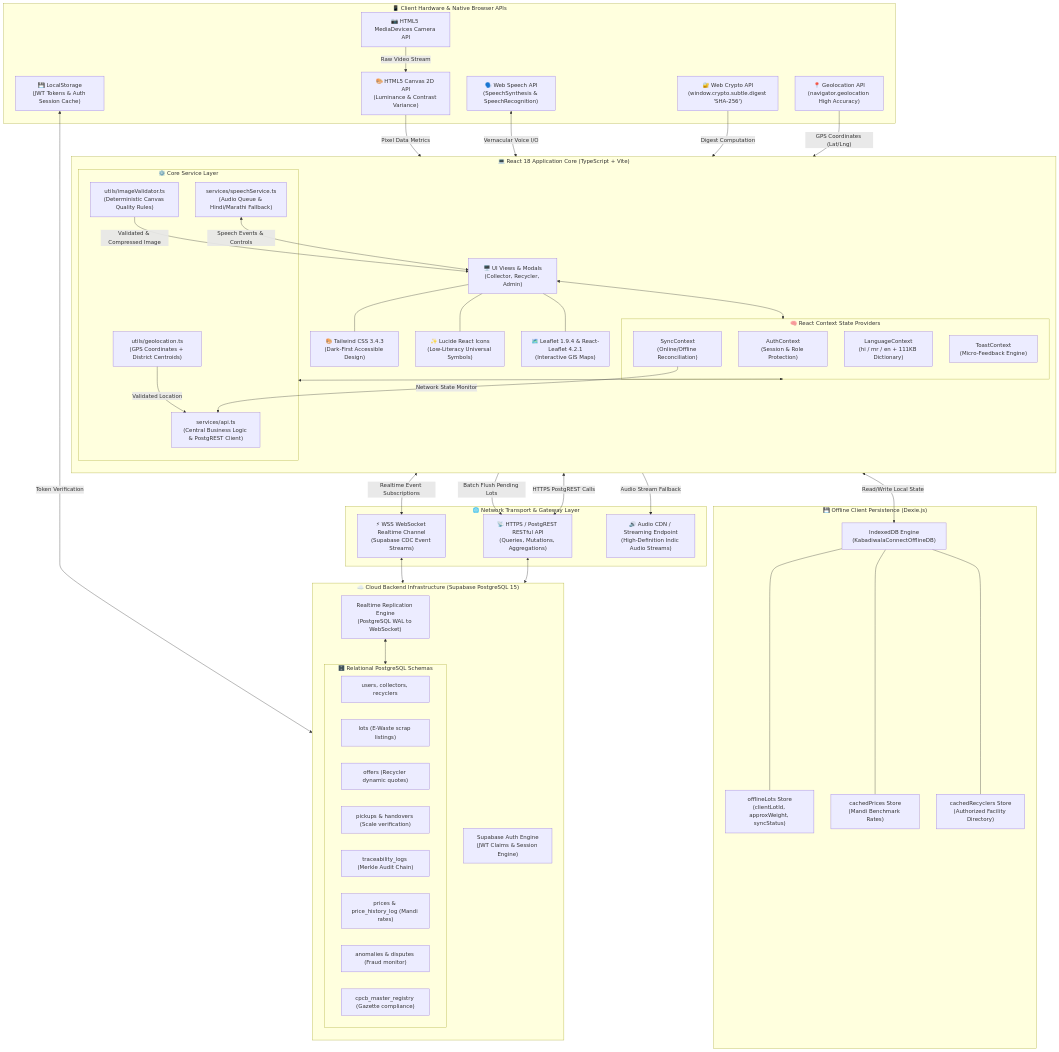
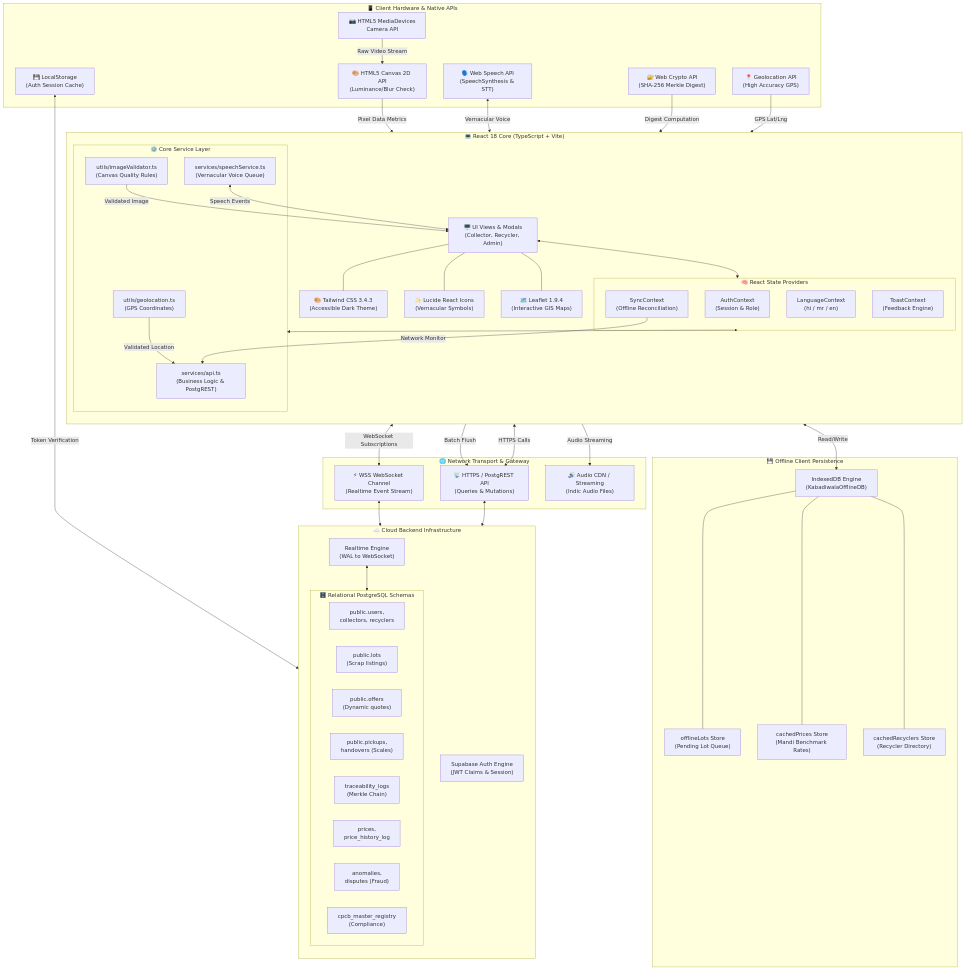
Before and after one commit to Atharva-001-cyber/Kabadiwala_Connect: the second of 3 diagrams in README.md, drawn with Mermaid. The commit also changed other lines of this file, not shown here.

Commit message:
docs: format Mermaid diagram node labels with linebreaks for GitHub UI rendering

````diff
--- a/README.md
+++ b/README.md
@@ -143,78 +143,78 @@
 ```mermaid
 graph TB
     %% SUBGRAPHS
-    subgraph ClientHardware ["📱 Client Hardware & Native Browser APIs"]
-        Cam["📷 HTML5 MediaDevices Camera API"]
-        CanvasEngine["🎨 HTML5 Canvas 2D API<br/>(Luminance & Contrast Variance)"]
-        SpeechEngine["🗣️ Web Speech API<br/>(SpeechSynthesis & SpeechRecognition)"]
-        CryptoSubtle["🔐 Web Crypto API<br/>(window.crypto.subtle.digest 'SHA-256')"]
-        GeoAPI["📍 Geolocation API<br/>(navigator.geolocation High Accuracy)"]
-        StorageLocal["💾 LocalStorage<br/>(JWT Tokens & Auth Session Cache)"]
+    subgraph ClientHardware ["📱 Client Hardware & Native APIs"]
+        Cam["📷 HTML5 MediaDevices<br/>Camera API"]
+        CanvasEngine["🎨 HTML5 Canvas 2D API<br/>(Luminance/Blur Check)"]
+        SpeechEngine["🗣️ Web Speech API<br/>(SpeechSynthesis & STT)"]
+        CryptoSubtle["🔐 Web Crypto API<br/>(SHA-256 Merkle Digest)"]
+        GeoAPI["📍 Geolocation API<br/>(High Accuracy GPS)"]
+        StorageLocal["💾 LocalStorage<br/>(Auth Session Cache)"]
     end
 
-    subgraph ReactFrontend ["💻 React 18 Application Core (TypeScript + Vite)"]
+    subgraph ReactFrontend ["💻 React 18 Core (TypeScript + Vite)"]
         direction TB
         UIViews["🖥️ UI Views & Modals<br/>(Collector, Recycler, Admin)"]
-        StyleTailwind["🎨 Tailwind CSS 3.4.3<br/>(Dark-First Accessible Design)"]
-        IconSystem["✨ Lucide React Icons<br/>(Low-Literacy Universal Symbols)"]
-        MapSystem["🗺️ Leaflet 1.9.4 & React-Leaflet 4.2.1<br/>(Interactive GIS Maps)"]
+        StyleTailwind["🎨 Tailwind CSS 3.4.3<br/>(Accessible Dark Theme)"]
+        IconSystem["✨ Lucide React Icons<br/>(Vernacular Symbols)"]
+        MapSystem["🗺️ Leaflet 1.9.4<br/>(Interactive GIS Maps)"]
         
-        subgraph StateLayer ["🧠 React Context State Providers"]
-            AuthCtx["AuthContext<br/>(Session & Role Protection)"]
-            LangCtx["LanguageContext<br/>(hi / mr / en + 111KB Dictionary)"]
-            SyncCtx["SyncContext<br/>(Online/Offline Reconciliation)"]
-            ToastCtx["ToastContext<br/>(Micro-Feedback Engine)"]
+        subgraph StateLayer ["🧠 React State Providers"]
+            AuthCtx["AuthContext<br/>(Session & Role)"]
+            LangCtx["LanguageContext<br/>(hi / mr / en)"]
+            SyncCtx["SyncContext<br/>(Offline Reconciliation)"]
+            ToastCtx["ToastContext<br/>(Feedback Engine)"]
         end
 
         subgraph ServiceLayer ["⚙️ Core Service Layer"]
-            APIService["services/api.ts<br/>(Central Business Logic & PostgREST Client)"]
-            SpeechService["services/speechService.ts<br/>(Audio Queue & Hindi/Marathi Fallback)"]
-            ImageValidator["utils/imageValidator.ts<br/>(Deterministic Canvas Quality Rules)"]
-            GeoService["utils/geolocation.ts<br/>(GPS Coordinates + District Centroids)"]
+            APIService["services/api.ts<br/>(Business Logic & PostgREST)"]
+            SpeechService["services/speechService.ts<br/>(Vernacular Voice Queue)"]
+            ImageValidator["utils/imageValidator.ts<br/>(Canvas Quality Rules)"]
+            GeoService["utils/geolocation.ts<br/>(GPS Coordinates)"]
         end
     end
 
-    subgraph OfflineResilience ["💾 Offline Client Persistence (Dexie.js)"]
-        DexieDB["IndexedDB Engine<br/>(KabadiwalaConnectOfflineDB)"]
-        TblOfflineLots["offlineLots Store<br/>(clientLotId, approxWeight, syncStatus)"]
+    subgraph OfflineResilience ["💾 Offline Client Persistence"]
+        DexieDB["IndexedDB Engine<br/>(KabadiwalaOfflineDB)"]
+        TblOfflineLots["offlineLots Store<br/>(Pending Lot Queue)"]
         TblCachedPrices["cachedPrices Store<br/>(Mandi Benchmark Rates)"]
-        TblCachedRecyclers["cachedRecyclers Store<br/>(Authorized Facility Directory)"]
+        TblCachedRecyclers["cachedRecyclers Store<br/>(Recycler Directory)"]
     end
 
-    subgraph TransportGateway ["🌐 Network Transport & Gateway Layer"]
-        PostgRESTHTTP["📡 HTTPS / PostgREST RESTful API<br/>(Queries, Mutations, Aggregations)"]
-        RealtimeWSS["⚡ WSS WebSocket Realtime Channel<br/>(Supabase CDC Event Streams)"]
-        AudioCDN["🔊 Audio CDN / Streaming Endpoint<br/>(High-Definition Indic Audio Streams)"]
+    subgraph TransportGateway ["🌐 Network Transport & Gateway"]
+        PostgRESTHTTP["📡 HTTPS / PostgREST API<br/>(Queries & Mutations)"]
+        RealtimeWSS["⚡ WSS WebSocket Channel<br/>(Realtime Event Stream)"]
+        AudioCDN["🔊 Audio CDN / Streaming<br/>(Indic Audio Files)"]
     end
 
-    subgraph SupabaseCloud ["☁️ Cloud Backend Infrastructure (Supabase PostgreSQL 15)"]
+    subgraph SupabaseCloud ["☁️ Cloud Backend Infrastructure"]
         direction TB
-        SupaAuth["Supabase Auth Engine<br/>(JWT Claims & Session Engine)"]
-        SupaRealtimeEngine["Realtime Replication Engine<br/>(PostgreSQL WAL to WebSocket)"]
+        SupaAuth["Supabase Auth Engine<br/>(JWT Claims & Session)"]
+        SupaRealtimeEngine["Realtime Engine<br/>(WAL to WebSocket)"]
         
         subgraph PostgresTables ["🗄️ Relational PostgreSQL Schemas"]
-            U_Table["users, collectors, recyclers"]
-            L_Table["lots (E-Waste scrap listings)"]
-            O_Table["offers (Recycler dynamic quotes)"]
-            P_Table["pickups & handovers (Scale verification)"]
-            T_Table["traceability_logs (Merkle Audit Chain)"]
-            M_Table["prices & price_history_log (Mandi rates)"]
-            A_Table["anomalies & disputes (Fraud monitor)"]
-            C_Table["cpcb_master_registry (Gazette compliance)"]
+            U_Table["public.users,<br/>collectors, recyclers"]
+            L_Table["public.lots<br/>(Scrap listings)"]
+            O_Table["public.offers<br/>(Dynamic quotes)"]
+            P_Table["public.pickups,<br/>handovers (Scales)"]
+            T_Table["traceability_logs<br/>(Merkle Chain)"]
+            M_Table["prices,<br/>price_history_log"]
+            A_Table["anomalies,<br/>disputes (Fraud)"]
+            C_Table["cpcb_master_registry<br/>(Compliance)"]
         end
     end
 
     %% HARDWARE INTERACTIONS
     Cam -->|"Raw Video Stream"| CanvasEngine
     CanvasEngine -->|"Pixel Data Metrics"| ImageValidator
-    ImageValidator -->|"Validated & Compressed Image"| UIViews
+    ImageValidator -->|"Validated Image"| UIViews
     
-    SpeechEngine <-->|"Vernacular Voice I/O"| SpeechService
-    SpeechService -->|"Audio Stream Fallback"| AudioCDN
-    SpeechService <-->|"Speech Events & Controls"| UIViews
+    SpeechEngine <-->|"Vernacular Voice"| SpeechService
+    SpeechService -->|"Audio Streaming"| AudioCDN
+    SpeechService <-->|"Speech Events"| UIViews
 
     CryptoSubtle -->|"Digest Computation"| APIService
-    GeoAPI -->|"GPS Coordinates (Lat/Lng)"| GeoService
+    GeoAPI -->|"GPS Lat/Lng"| GeoService
     GeoService -->|"Validated Location"| APIService
 
     %% UI & CONTEXT
@@ -225,17 +225,17 @@
     UIViews --- MapSystem
 
     %% OFFLINE PERSISTENCE FLOW
-    ServiceLayer <-->|"Read/Write Local State"| DexieDB
+    ServiceLayer <-->|"Read/Write"| DexieDB
     DexieDB --- TblOfflineLots
     DexieDB --- TblCachedPrices
     DexieDB --- TblCachedRecyclers
 
-    SyncCtx -->|"Network State Monitor"| APIService
-    APIService -->|"Batch Flush Pending Lots"| PostgRESTHTTP
+    SyncCtx -->|"Network Monitor"| APIService
+    APIService -->|"Batch Flush"| PostgRESTHTTP
 
     %% CLOUD INTERACTIONS
-    APIService <-->|"HTTPS PostgREST Calls"| PostgRESTHTTP
-    APIService <-->|"Realtime Event Subscriptions"| RealtimeWSS
+    APIService <-->|"HTTPS Calls"| PostgRESTHTTP
+    APIService <-->|"WebSocket Subscriptions"| RealtimeWSS
     StorageLocal <-->|"Token Verification"| SupaAuth
 
     PostgRESTHTTP <--> PostgresTables
````
